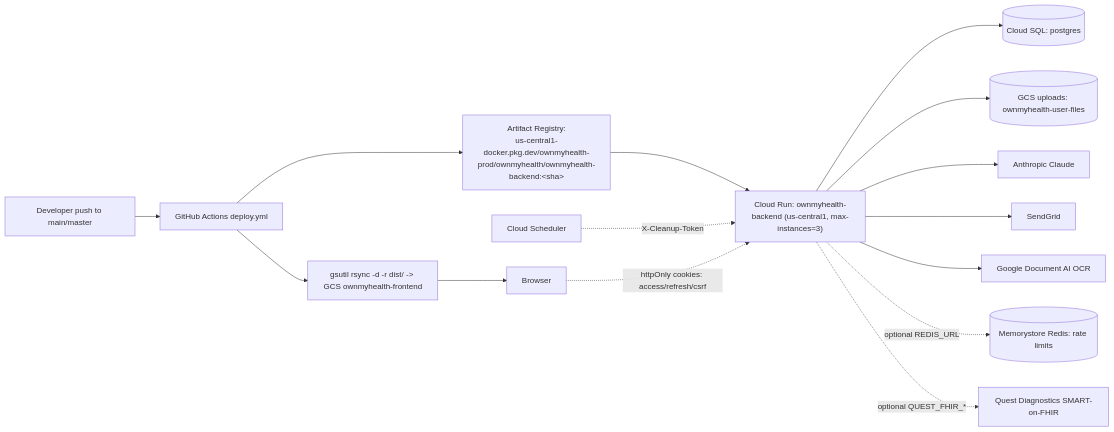
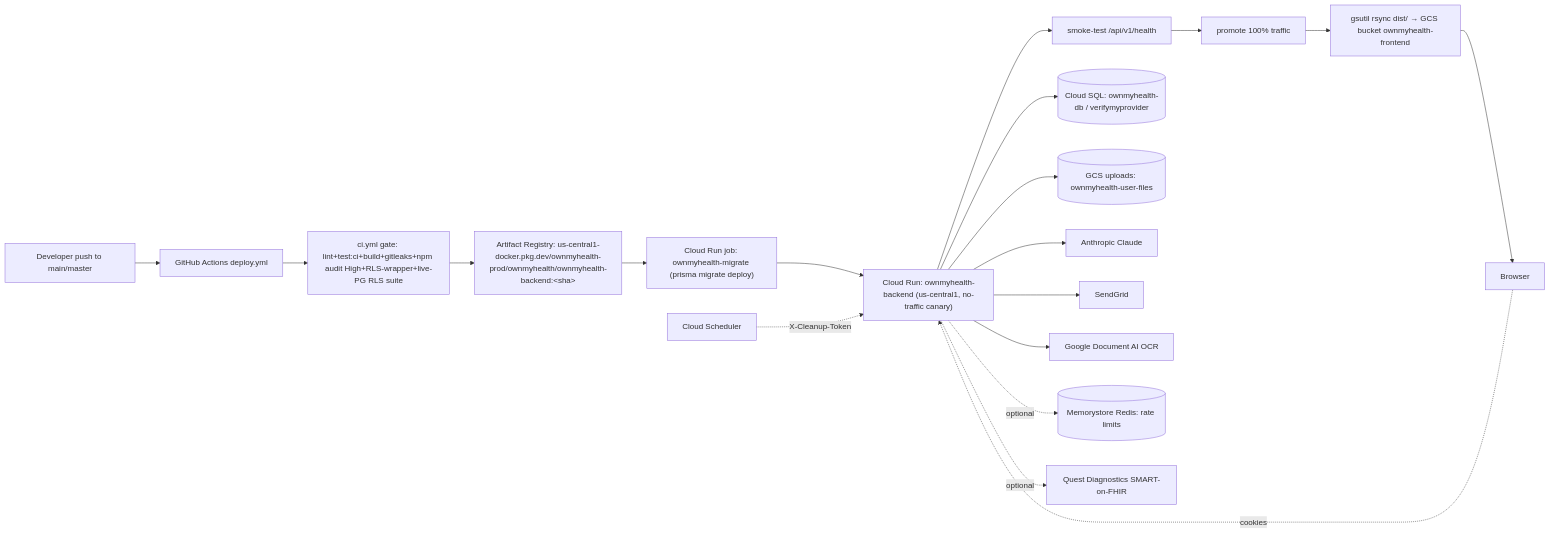
One commit to breilly1296/OwnMyHealth-Claude changed the diagram in New Project Documents/RUNBOOK.md. Above: the diagram before and after it, drawn with Mermaid. The commit also changed other lines of this file and 1 other file, not shown here.

First line of the commit message:
docs(runbook): L24 backfill run procedure + fill-in evidence record (OF-03)

````diff
--- a/New Project Documents/RUNBOOK.md
+++ b/New Project Documents/RUNBOOK.md
@@ -57,17 +63,20 @@
 ```mermaid
 flowchart LR
   dev[Developer push to main/master] --> gh[GitHub Actions deploy.yml]
-  gh --> img["Artifact Registry:\nus-central1-docker.pkg.dev/ownmyhealth-prod/ownmyhealth/ownmyhealth-backend:&lt;sha&gt;"]
-  gh --> fe[gsutil rsync -d -r dist/ -> GCS ownmyhealth-frontend]
-  img --> cr["Cloud Run: ownmyhealth-backend (us-central1, max-instances=3)"]
-  cr --> sql[(Cloud SQL: postgres)]
+  gh --> ci[ci.yml gate: lint+test:ci+build+gitleaks+npm audit High+RLS-wrapper+live-PG RLS suite]
+  ci --> img["Artifact Registry: us-central1-docker.pkg.dev/ownmyhealth-prod/ownmyhealth/ownmyhealth-backend:&lt;sha&gt;"]
+  img --> mig["Cloud Run job: ownmyhealth-migrate (prisma migrate deploy)"]
+  mig --> cr["Cloud Run: ownmyhealth-backend (us-central1, no-traffic canary)"]
+  cr --> smoke[smoke-test /api/v1/health] --> promote[promote 100% traffic]
+  promote --> fe[gsutil rsync dist/ → GCS bucket ownmyhealth-frontend]
+  cr --> sql[(Cloud SQL: ownmyhealth-db / verifymyprovider)]
   cr --> gcs[(GCS uploads: ownmyhealth-user-files)]
   cr --> anth[Anthropic Claude]
   cr --> sg[SendGrid]
   cr --> dai[Google Document AI OCR]
-  cr -.optional REDIS_URL.-> redis[(Memorystore Redis: rate limits)]
-  cr -.optional QUEST_FHIR_*.-> quest[Quest Diagnostics SMART-on-FHIR]
+  cr -.optional.-> redis[(Memorystore Redis: rate limits)]
+  cr -.optional.-> quest[Quest Diagnostics SMART-on-FHIR]
   sched[Cloud Scheduler] -.X-Cleanup-Token.-> cr
   fe --> browser[Browser]
-  browser -.httpOnly cookies: access/refresh/csrf.-> cr
+  browser -.cookies.-> cr
 ```
````
